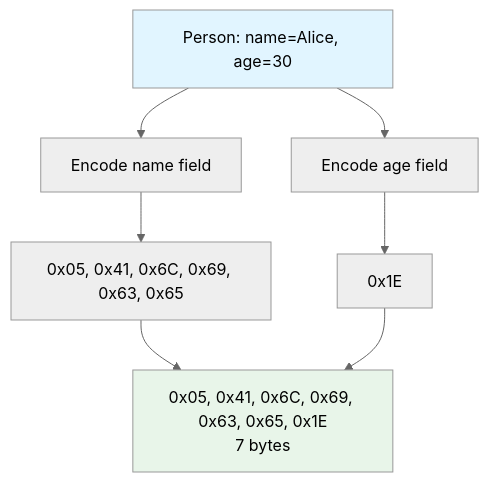
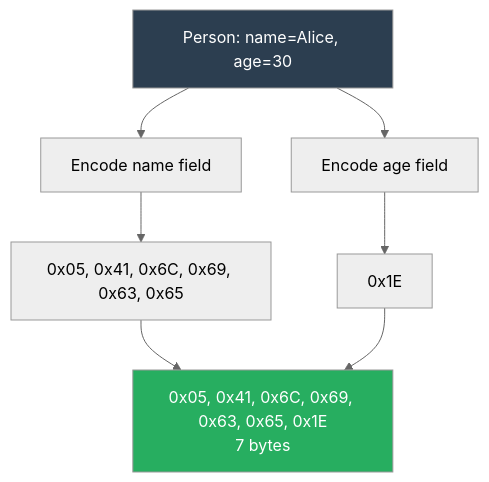
One commit to Mikedan37/BlazeBinary changed the fourth of 5 diagrams in Docs/ENCODING_MODEL.md. Above: the diagram before and after it, drawn with Mermaid (neutral theme). The commit also changed other lines of this file and 11 other files, not shown here.

First line of the commit message:
Improve Mermaid diagrams and code display formatting

````diff
--- a/Docs/ENCODING_MODEL.md
+++ b/Docs/ENCODING_MODEL.md
@@ -147,12 +147,12 @@
 ```mermaid
 graph TD
     A[Person: name=Alice, age=30] --> B[Encode name field]
     A --> C[Encode age field]
     B --> D[0x05, 0x41, 0x6C, 0x69, 0x63, 0x65]
     C --> E[0x1E]
     D --> F[0x05, 0x41, 0x6C, 0x69, 0x63, 0x65, 0x1E<br/>7 bytes]
     E --> F
     
-    style A fill:#e1f5ff
-    style F fill:#e8f5e9
+    style A fill:#2c3e50,color:#ffffff
+    style F fill:#27ae60,color:#ffffff
 ```
````
